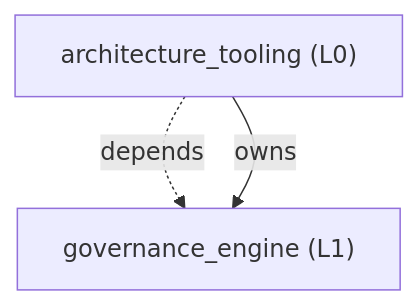
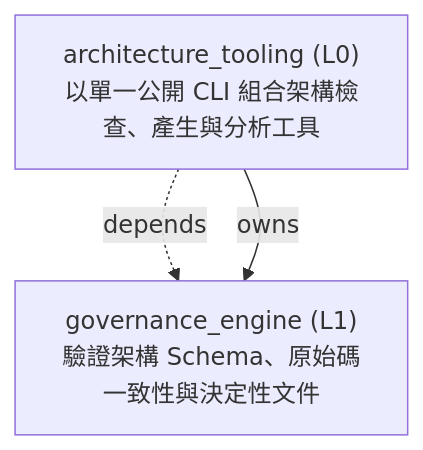
Before and after one commit to ShinWeiPeng/skills: the first of 3 diagrams in plugins/governed-engineering-skills/skills/govern-modular-event-architecture/architecture/generated/architecture_tooling.md, drawn with Mermaid. The commit also changed other lines of this file and 73 other files, not shown here.

Commit message:
add function-first architecture descriptions

````diff
--- a/plugins/governed-engineering-skills/skills/govern-modular-event-architecture/architecture/generated/architecture_tooling.md
+++ b/plugins/governed-engineering-skills/skills/govern-modular-event-architecture/architecture/generated/architecture_tooling.md
@@ -7,7 +7,7 @@
 ```mermaid
 flowchart TD
-    n_architecture_tooling["architecture_tooling (L0)"]
-    n_governance_engine["governance_engine (L1)"]
+    n_architecture_tooling["architecture_tooling (L0)<br/>以單一公開 CLI 組合架構檢查、產生與分析工具"]
+    n_governance_engine["governance_engine (L1)<br/>驗證架構 Schema、原始碼一致性與決定性文件"]
     n_architecture_tooling -.->|depends| n_governance_engine
     n_architecture_tooling -->|owns| n_governance_engine
 ```
````
